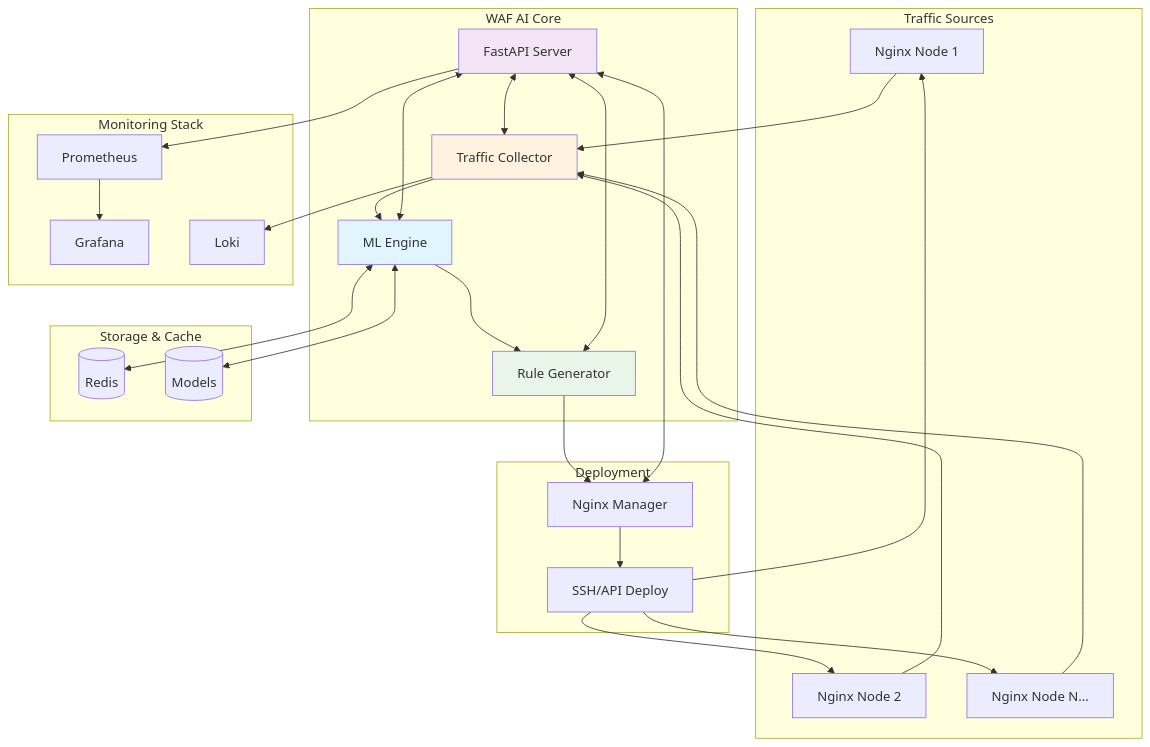
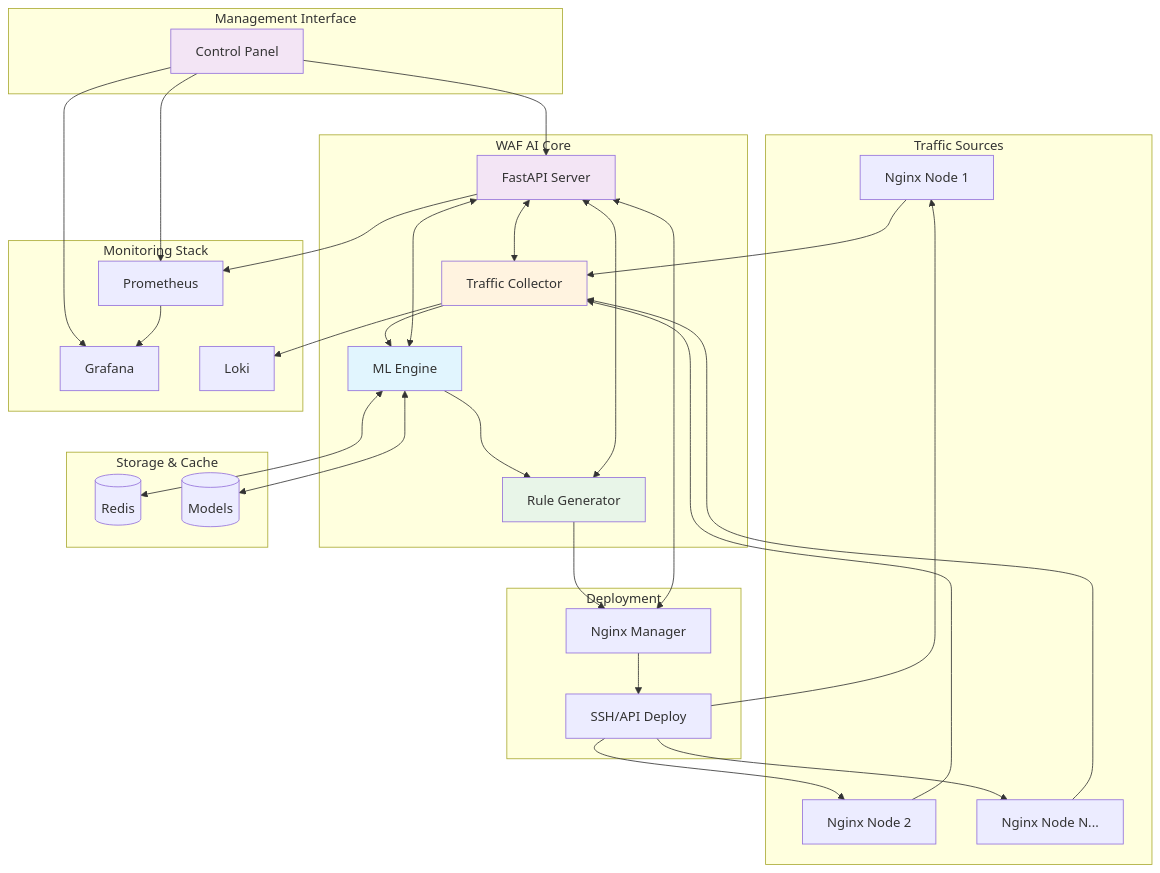
Before and after one commit to fabriziosalmi/nginx-waf-ai: the diagram in README.md, drawn with Mermaid. The commit also changed other lines of this file and 2 other files, not shown here.

````diff
--- a/README.md
+++ b/README.md
@@ -49,60 +50,69 @@
 ```mermaid
 graph TB
     subgraph "Traffic Sources"
         N1[Nginx Node 1]
         N2[Nginx Node 2]
         N3[Nginx Node N...]
     end
     
     subgraph "WAF AI Core"
         TC[Traffic Collector]
         ML[ML Engine]
         RG[Rule Generator]
         API[FastAPI Server]
+    end
+    
+    subgraph "Management Interface"
+        CP[Control Panel]
     end
     
     subgraph "Storage & Cache"
         R[(Redis)]
         M[(Models)]
     end
     
     subgraph "Monitoring Stack"
         P[Prometheus]
         G[Grafana]
         L[Loki]
     end
     
     subgraph "Deployment"
         NM[Nginx Manager]
         SSH[SSH/API Deploy]
     end
     
     N1 --> TC
     N2 --> TC
     N3 --> TC
     
     TC --> ML
     ML --> RG
     RG --> NM
     NM --> SSH
     SSH --> N1
     SSH --> N2
     SSH --> N3
     
     API <--> TC
     API <--> ML
     API <--> RG
     API <--> NM
     
+    CP --> API
+    CP --> G
+    CP --> P
+    
     ML <--> R
     ML <--> M
     
     API --> P
     P --> G
     TC --> L
     
     style ML fill:#e1f5fe
     style API fill:#f3e5f5
     style RG fill:#e8f5e8
     style TC fill:#fff3e0
+    style CP fill:#f3e5f5
 ```
````
